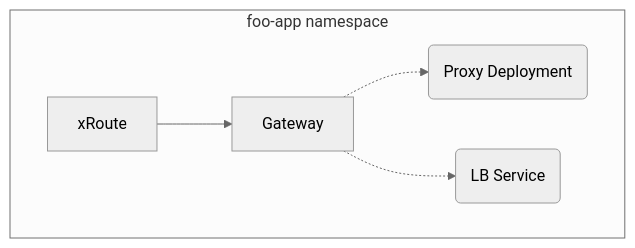
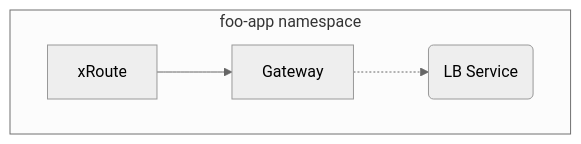
One commit to openshift/enhancements changed the second of 3 diagrams in enhancements/ingress/gateway-api-with-cluster-ingress-operator.md. Above: the diagram before and after it, drawn with Mermaid (neutral theme). The commit also changed other lines of this file, not shown here.

Commit message:
docs: update the gateway topology sections in gwapi ep

````diff
--- a/enhancements/ingress/gateway-api-with-cluster-ingress-operator.md
+++ b/enhancements/ingress/gateway-api-with-cluster-ingress-operator.md
@@ -685,12 +689,10 @@
 ```mermaid
 flowchart TD
     subgraph foo-app namespace
         xRoute
         Gateway
-        ProxyDeployment
         LBService
     end
-    Gateway[Gateway] -.-> ProxyDeployment(Proxy Deployment)
     Gateway[Gateway] -.-> LBService(LB Service)
     xRoute[xRoute] --> Gateway[Gateway]
 ```
````
